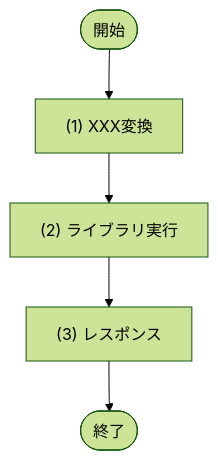
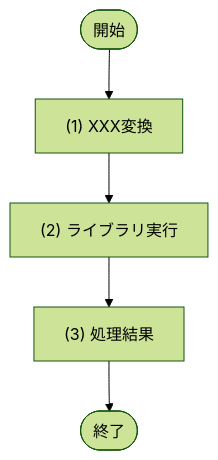
One commit to sikakou54/system-document-template changed the diagram in template/02_機能設計/10_外部ライブラリ設計/テンプレート_外部ライブラリ.md. Above: the diagram before and after it, drawn with Mermaid (forest theme). The commit also changed other lines of this file and 10 other files, not shown here.

````diff
--- a/template/02_機能設計/10_外部ライブラリ設計/テンプレート_外部ライブラリ.md
+++ b/template/02_機能設計/10_外部ライブラリ設計/テンプレート_外部ライブラリ.md
@@ -83,10 +85,10 @@
 ```mermaid
 flowchart TD
   Start([開始])
   P1["(1) XXX変換"]
   P2["(2) ライブラリ実行"]
-  P3["(3) レスポンス"]
+  P3["(3) 処理結果"]
   End([終了])
 
   Start --> P1 --> P2 --> P3 --> End
 ```
````
